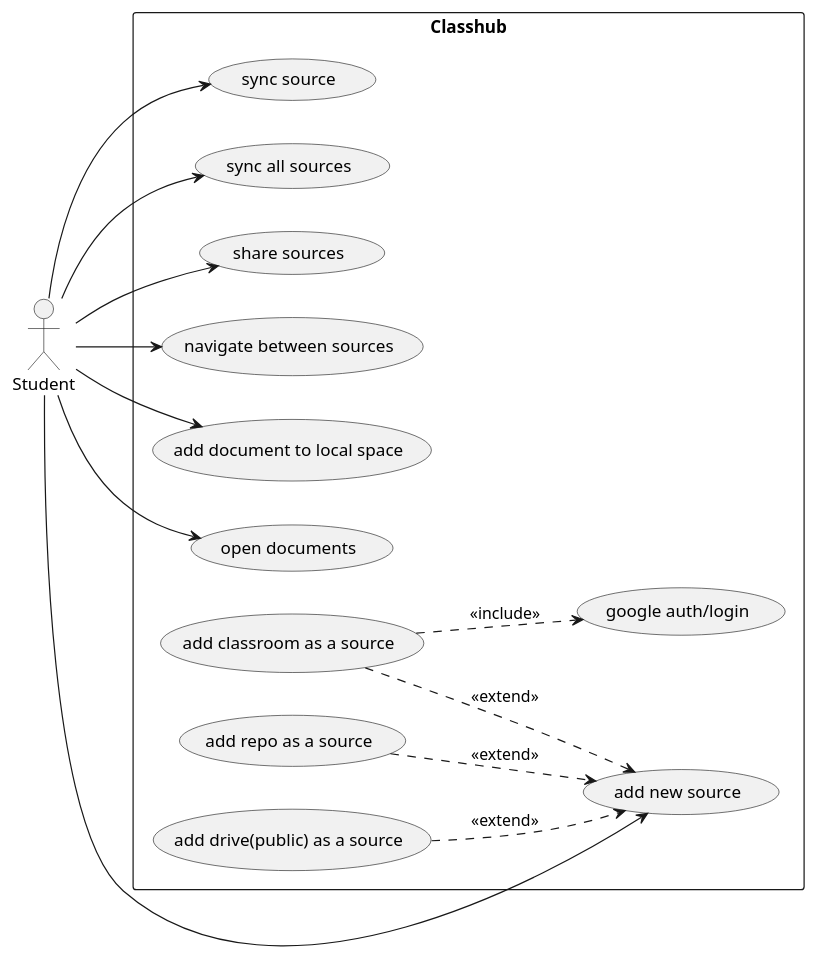
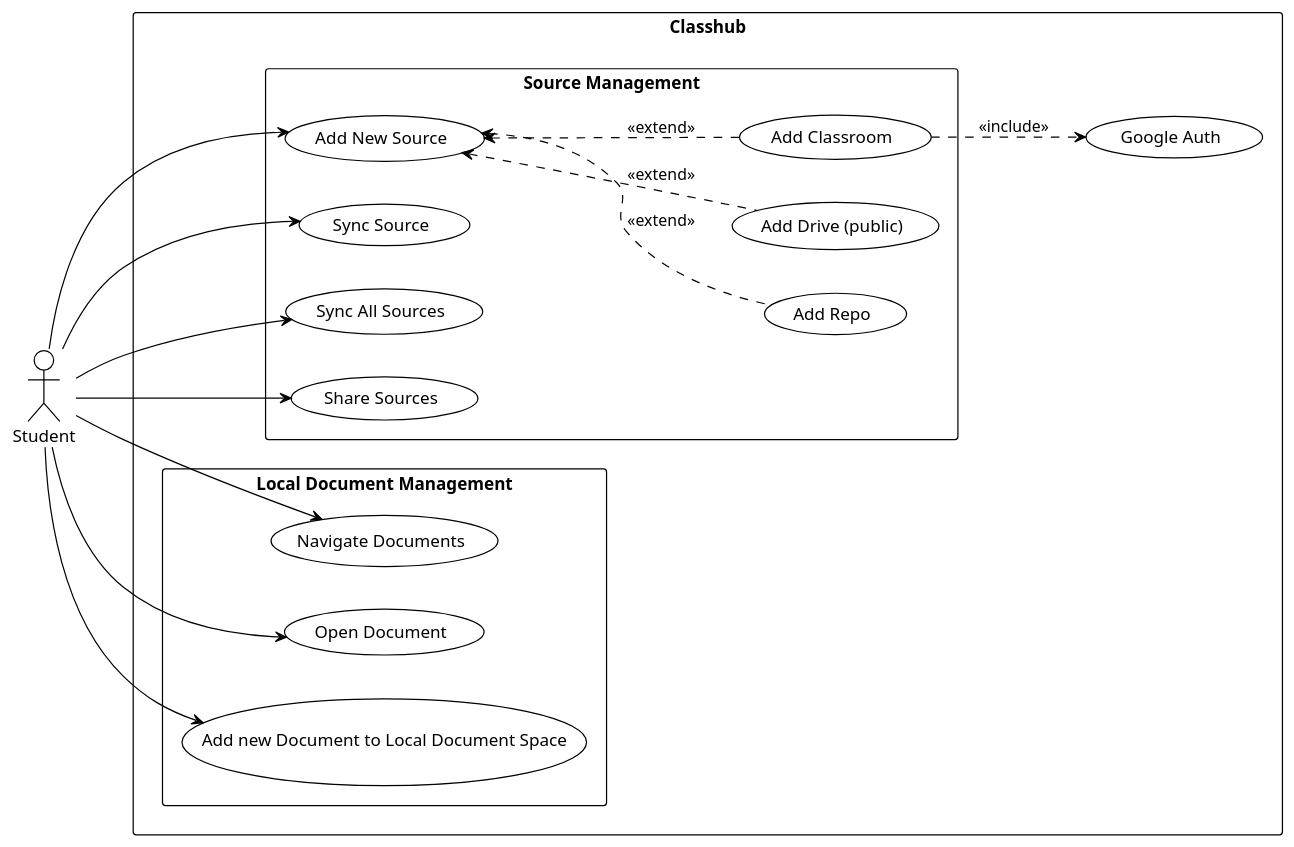
Before and after one commit to ClassHubTeam/classhub: the diagram in docs/diagrams/usecase.puml, drawn with PlantUML.

Commit message:
docs(diagrams): update usecase diagram

```diff
--- a/docs/diagrams/usecase.puml
+++ b/docs/diagrams/usecase.puml
@@ -1,37 +1,41 @@
 @startuml
+!theme plain
 left to right direction
 
 actor Student as s
 
 rectangle "Classhub" {
-    usecase "add new source" as ANS
+    rectangle "Source Management" {
+        usecase "Add New Source" as ANS
+        usecase "Add Repo" as AREPO
+        usecase "Add Drive (public)" as ADRIVE
+        usecase "Add Classroom" as ACLASSROOM
 
-    usecase "sync source" as SS
-    usecase "sync all sources" as SAS
-    usecase "share sources" as SSS
-    usecase "navigate between sources" as NBS
-    usecase "add document to local space" as AD
-    usecase "open documents" as OD
+        usecase "Sync Source" as SS
+        usecase "Sync All Sources" as SAS
 
-    usecase "add repo as a source" as AREPO
-    usecase "add drive(public) as a source" as ADRIVE
-    usecase "add classroom as a source" as ACLASSROOM
+        usecase "Share Sources" as SSS
+    }
 
-    usecase "google auth/login" as AUTH
+    rectangle "Local Document Management" {
+        usecase "Navigate Documents" as ND
+        usecase "Open Document" as OD
+        usecase "Add new Document to Local Document Space" as AD
+    }
+
+    usecase "Google Auth" as AUTH
 }
 
-s ---> ANS
-
+s --> ANS
 s --> SS
 s --> SAS
-s --> NBS
+s --> SSS
+s --> ND
+s --> OD
 s --> AD
-s --> OD
-s --> SSS
 
-AREPO ..> ANS  : <<extend>>
-ADRIVE ..> ANS  : <<extend>>
-ACLASSROOM ..> ANS  : <<extend>>
-
+AREPO      .up.> ANS  : <<extend>>
+ADRIVE     .up.> ANS  : <<extend>>
+ACLASSROOM .up.> ANS  : <<extend>>
 ACLASSROOM ..> AUTH : <<include>>
 @enduml
```
